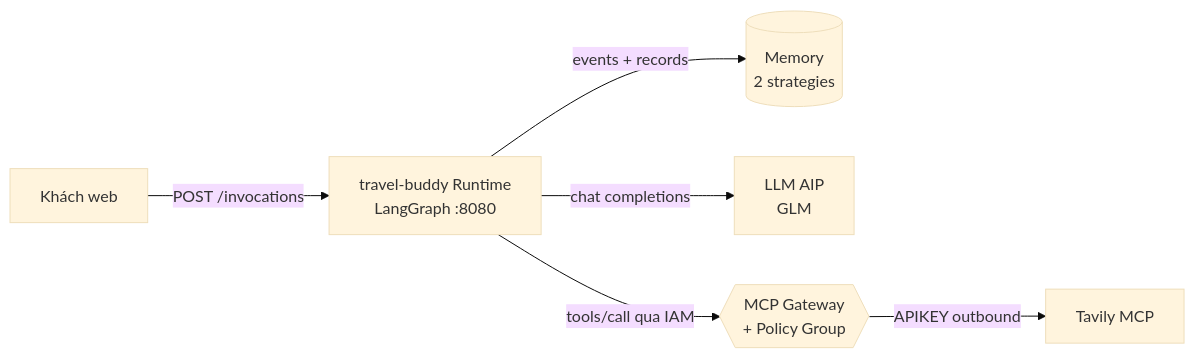
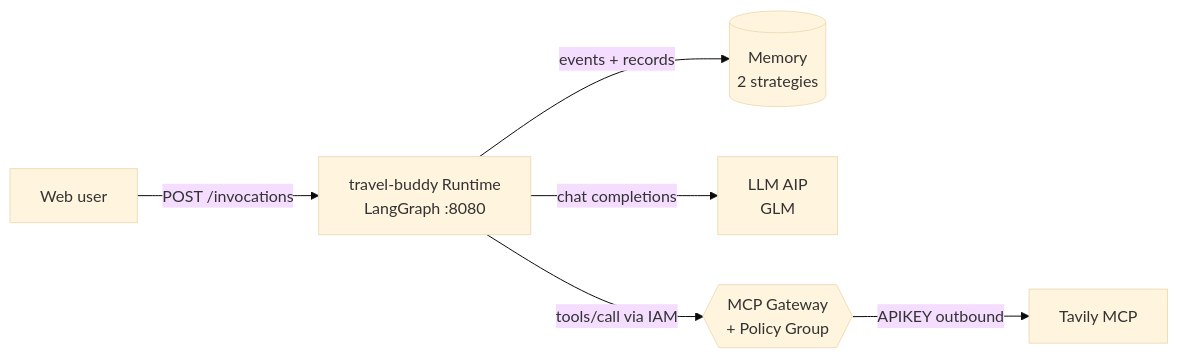
Before and after one commit to GreenNode-Sample-AgentBase/greennode-agentbase-travel-buddy: the diagram in README.md, drawn with Mermaid (base theme). The commit also changed other lines of this file, not shown here.

````diff
--- a/README.md
+++ b/README.md
@@ -20,8 +20,8 @@
 ```mermaid
 flowchart LR
-    U[Khách web] -->|POST /invocations| R[travel-buddy Runtime<br/>LangGraph :8080]
+    U[Web user] -->|POST /invocations| R[travel-buddy Runtime<br/>LangGraph :8080]
     R -->|events + records| M[(Memory<br/>2 strategies)]
     R -->|chat completions| L[LLM AIP<br/>GLM]
-    R -->|tools/call qua IAM| G{{MCP Gateway<br/>+ Policy Group}}
+    R -->|tools/call via IAM| G{{MCP Gateway<br/>+ Policy Group}}
     G -->|APIKEY outbound| T[Tavily MCP]
 ```
````
